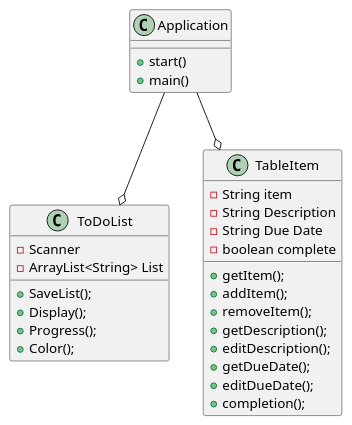
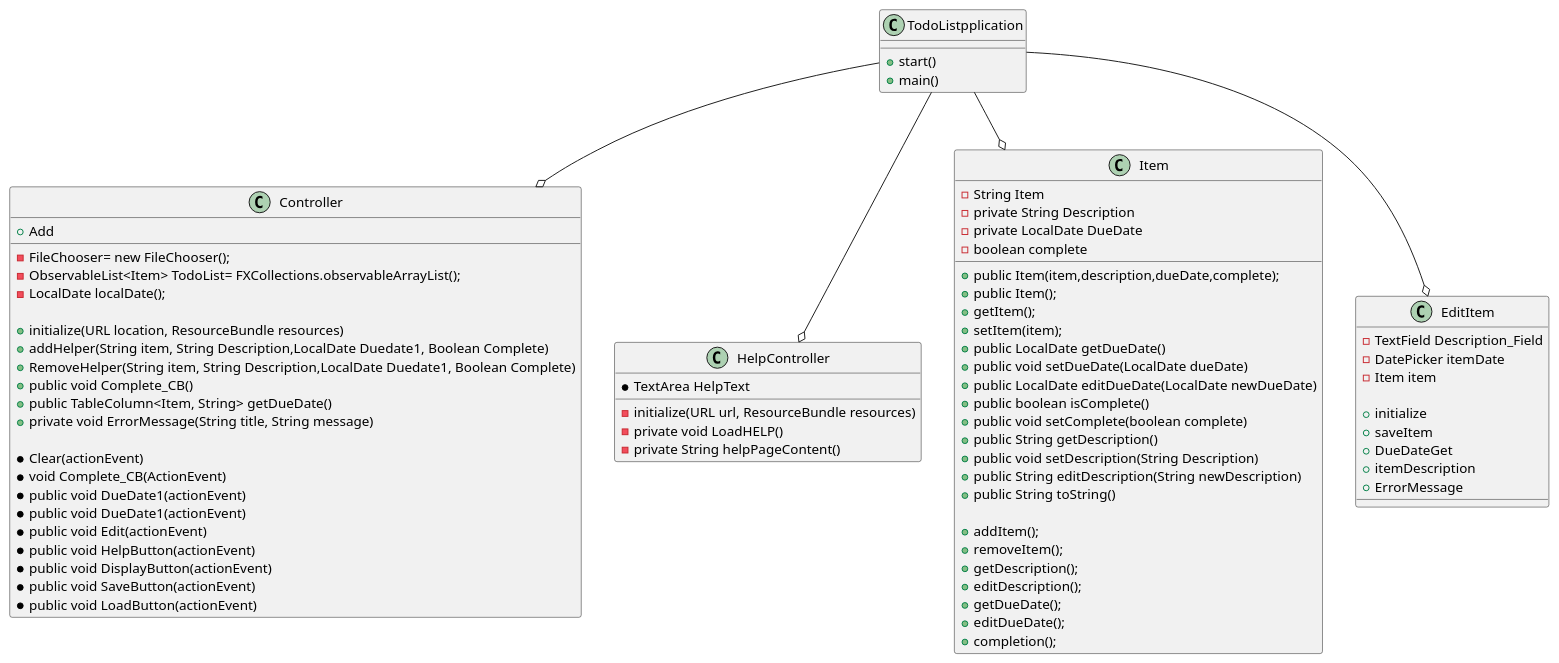
One commit to anto-jmnz/Jimenez-app1-impl changed the diagram in Jimenez-app1-impl/docs/ToDoList.puml. Above: the diagram before and after it, drawn with PlantUML. The commit also changed 11 other files, not shown here.

```diff
--- a/Jimenez-app1-impl/docs/ToDoList.puml
+++ b/Jimenez-app1-impl/docs/ToDoList.puml
@@ -1,40 +1,91 @@
 @startuml
 'https://plantuml.com/sequence-diagram
 
-class Application {
+class TodoListpplication {
     + start()
     + main()
     '\ What is necessary to run JavaFX '\
 
 }
-class ToDoList{
-    - Scanner
-    - ArrayList<String> List
+class Controller{
+    - FileChooser= new FileChooser();
+    - ObservableList<Item> TodoList= FXCollections.observableArrayList();
+    - LocalDate localDate();
 
+    + initialize(URL location, ResourceBundle resources)
+    + Add
+    + addHelper(String item, String Description,LocalDate Duedate1, Boolean Complete)
+    + RemoveHelper(String item, String Description,LocalDate Duedate1, Boolean Complete)
+    + public void Complete_CB()
+    + public TableColumn<Item, String> getDueDate()
+    + private void ErrorMessage(String title, String message)
 
-    + SaveList();
-    + Display();
-    + Progress();
-    + Color();
+ '\ Buttons '\
+    * Remove (ActionEvent)
+    * Clear(actionEvent)
+    * void Complete_CB(ActionEvent)
+    * public void DueDate1(actionEvent)
+    * public void DueDate1(actionEvent)
+    * public void Edit(actionEvent)
+    * public void HelpButton(actionEvent)
+    * public void DisplayButton(actionEvent)
+    * public void SaveButton(actionEvent)
+    * public void LoadButton(actionEvent)
 }
 
-class TableItem{
-    - String item
-    - String Description
-    - String Due Date
+class HelpController{
+    * TextArea HelpText
+
+    - initialize(URL url, ResourceBundle resources)
+    - private void LoadHELP()
+    - private String helpPageContent()
+
+}
+
+class Item{
+    - String Item
+    - private String Description
+    - private LocalDate DueDate
     - boolean complete
 
+    + public Item(item,description,dueDate,complete);
+    + public Item();
     + getItem();
+    + setItem(item);
+    + public LocalDate getDueDate()
+    + public void setDueDate(LocalDate dueDate)
+    + public LocalDate editDueDate(LocalDate newDueDate)
+    + public boolean isComplete()
+    + public void setComplete(boolean complete)
+    + public String getDescription()
+    + public void setDescription(String Description)
+    + public String editDescription(String newDescription)
+    + public String toString()
+
     + addItem();
     + removeItem();
     + getDescription();
     + editDescription();
     + getDueDate();
     + editDueDate();
     + completion();
-
 }
 
-Application--o TableItem
-Application--o ToDoList
+class EditItem{
+    - TextField Description_Field
+    - DatePicker itemDate
+    - Item item
+
+    + initialize
+    + saveItem
+    + DueDateGet
+    + itemDescription
+    + ErrorMessage
+}
+TodoListpplication--o Controller
+TodoListpplication--o Item
+TodoListpplication--o EditItem
+TodoListpplication--o HelpController
+
+
 @enduml
```
